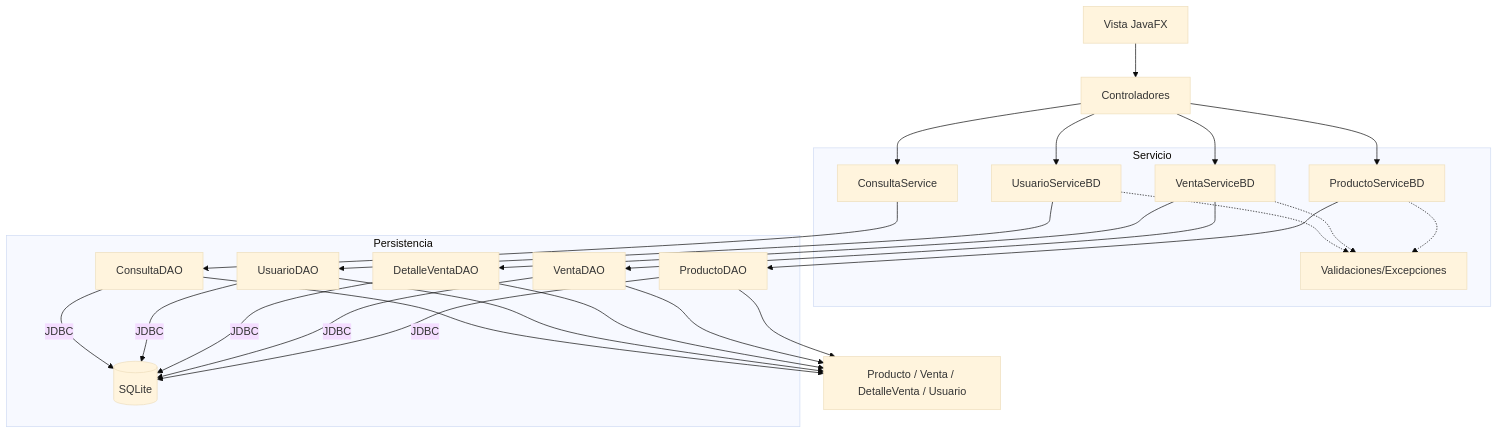
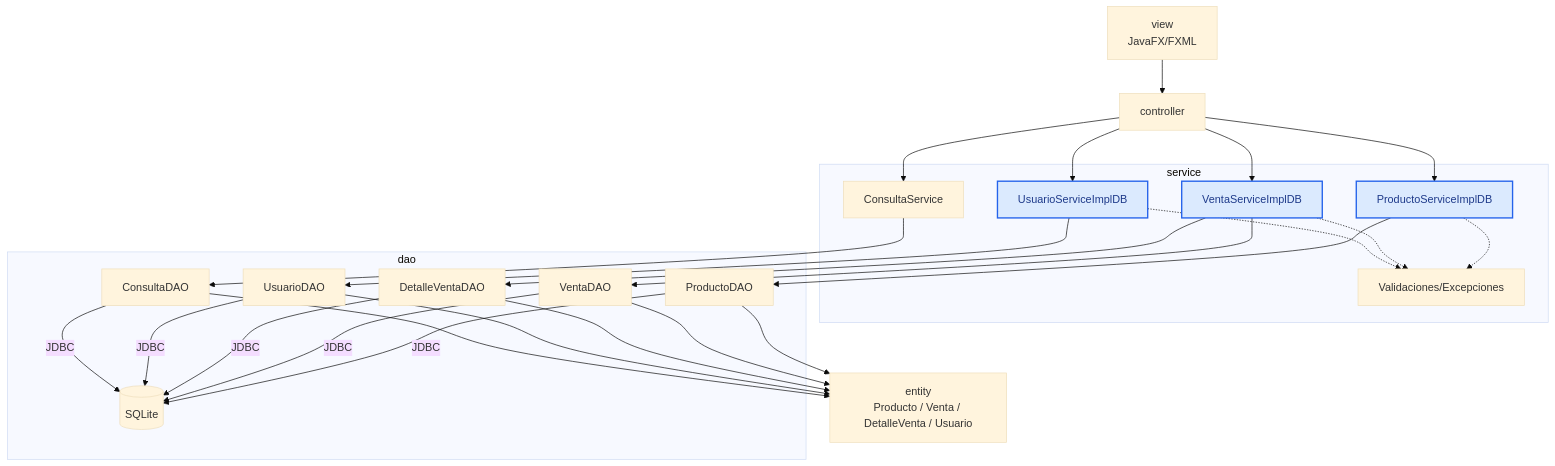
One commit to 262poo/comarket changed the diagram in docs/S12_Evaluacion_Unidad_2.md. Above: the diagram before and after it, drawn with Mermaid (base theme). The commit also changed other lines of this file and 36 other files, not shown here.

````diff
--- a/docs/S12_Evaluacion_Unidad_2.md
+++ b/docs/S12_Evaluacion_Unidad_2.md
@@ -52,48 +53,51 @@
 ```mermaid
 flowchart TB
-    Vista["Vista JavaFX"]
-    Controlador["Controladores"]
+    Vista["view<br/>JavaFX/FXML"]
+    Controlador["controller"]
 
-    subgraph Servicio["Servicio"]
-        ProductoService["ProductoServiceBD"]
-        VentaService["VentaServiceBD"]
-        UsuarioService["UsuarioServiceBD"]
+    subgraph Servicio["service"]
+        ProductoService["ProductoServiceImplDB"]
+        VentaService["VentaServiceImplDB"]
+        UsuarioService["UsuarioServiceImplDB"]
         ConsultaService["ConsultaService"]
         Validaciones["Validaciones/Excepciones"]
     end
 
-    Entidades["Producto / Venta / DetalleVenta / Usuario"]
+    Entidades["entity<br/>Producto / Venta / DetalleVenta / Usuario"]
 
-    subgraph Persistencia["Persistencia"]
+    subgraph Persistencia["dao"]
         ProductoDAO["ProductoDAO"]
         VentaDAO["VentaDAO"]
         DetalleDAO["DetalleVentaDAO"]
         UsuarioDAO["UsuarioDAO"]
         ConsultaDAO["ConsultaDAO"]
         SQLite[("SQLite")]
     end
 
     Vista --> Controlador
     Controlador --> ProductoService
     Controlador --> VentaService
     Controlador --> UsuarioService
     Controlador --> ConsultaService
     ProductoService -.-> Validaciones
     VentaService -.-> Validaciones
     UsuarioService -.-> Validaciones
     ProductoService --> ProductoDAO
     VentaService --> VentaDAO
     VentaService --> DetalleDAO
     UsuarioService --> UsuarioDAO
     ConsultaService --> ConsultaDAO
     ProductoDAO --> Entidades
     VentaDAO --> Entidades
     DetalleDAO --> Entidades
     UsuarioDAO --> Entidades
     ConsultaDAO --> Entidades
     ProductoDAO -->|"JDBC"| SQLite
     VentaDAO -->|"JDBC"| SQLite
     DetalleDAO -->|"JDBC"| SQLite
     UsuarioDAO -->|"JDBC"| SQLite
     ConsultaDAO -->|"JDBC"| SQLite
+
+    classDef serviceImpl fill:#dbeafe,stroke:#2563eb,stroke-width:2px,color:#1e3a8a;
+    class ProductoService,VentaService,UsuarioService serviceImpl;
 ```
````
